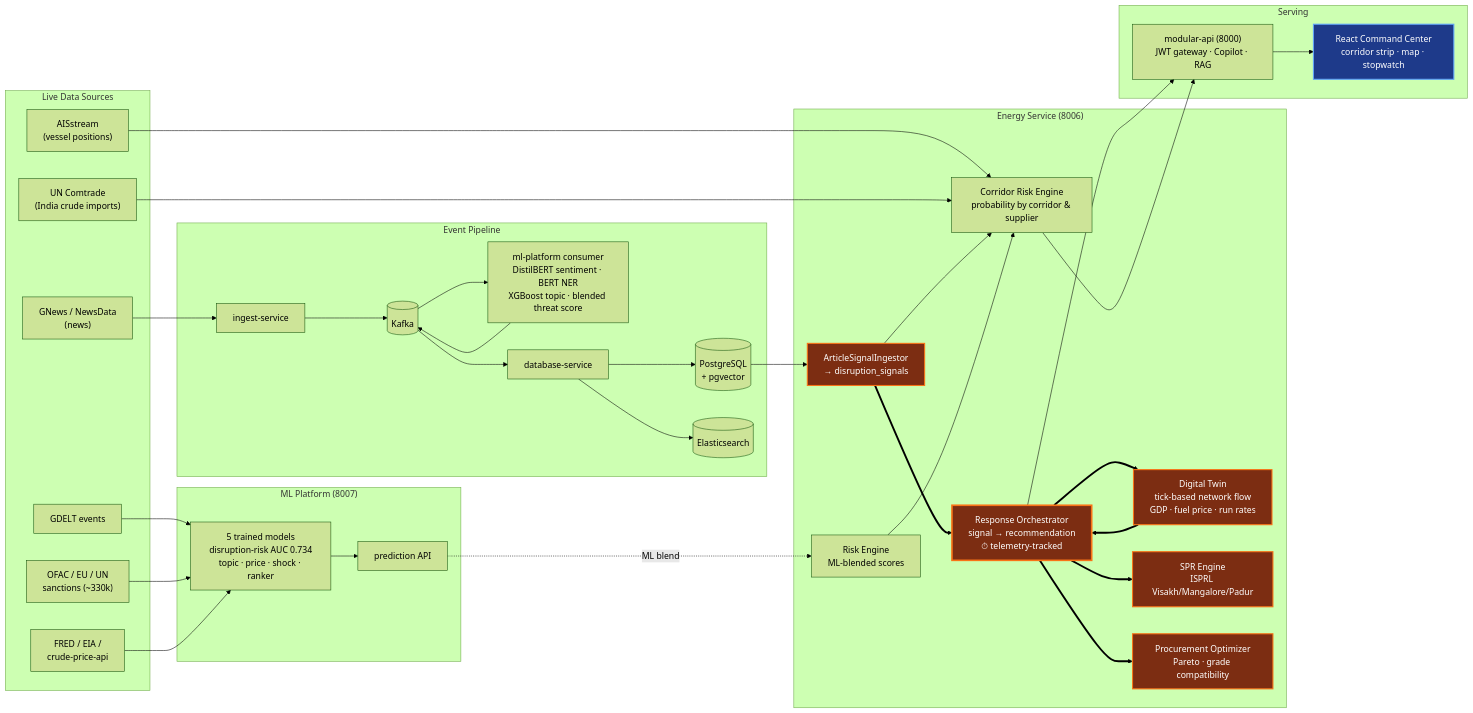
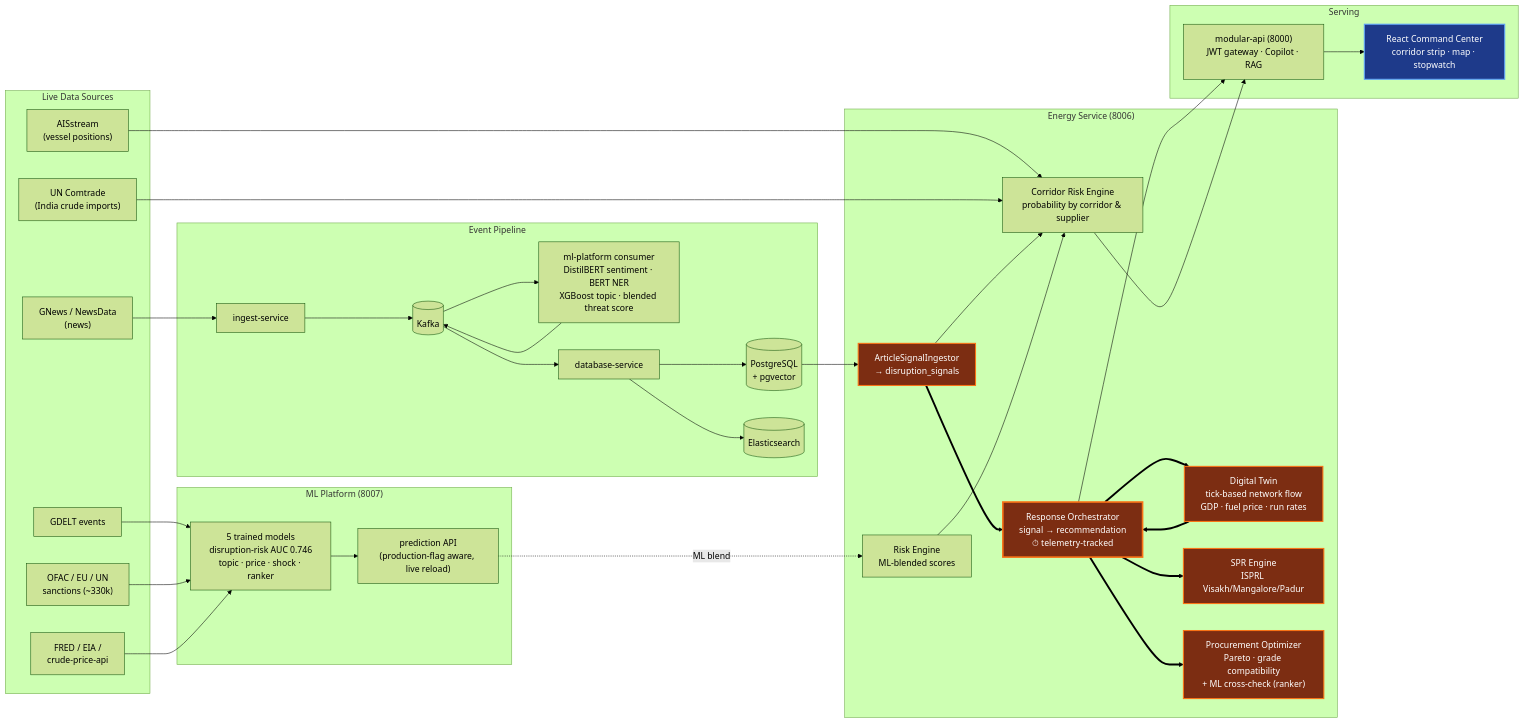
The diagram in docs/architecture.md (Pran4th/ProxyDefence), drawn with Mermaid (forest theme) before and after one commit. The commit also changed other lines of this file and 8 other files, not shown here.

First line of the commit message:
Day 5: AWS venv deployment runbook + architecture refresh; drop app-in-Docker

````diff
--- a/docs/architecture.md
+++ b/docs/architecture.md
@@ -8,69 +8,69 @@
 ```mermaid
 flowchart LR
     subgraph SOURCES["Live Data Sources"]
         GNEWS["GNews / NewsData<br/>(news)"]
         GDELT["GDELT events"]
         AIS["AISstream<br/>(vessel positions)"]
         SANC["OFAC / EU / UN<br/>sanctions (~330k)"]
         PRICE["FRED / EIA /<br/>crude-price-api"]
         COMTRADE["UN Comtrade<br/>(India crude imports)"]
     end
 
     subgraph PIPELINE["Event Pipeline"]
         INGEST["ingest-service"]
         KAFKA[("Kafka")]
         MLC["ml-platform consumer<br/>DistilBERT sentiment · BERT NER<br/>XGBoost topic · blended threat score"]
         DB["database-service"]
         PG[("PostgreSQL<br/>+ pgvector")]
         ES[("Elasticsearch")]
     end
 
     subgraph MLP["ML Platform (8007)"]
-        MODELS["5 trained models<br/>disruption-risk AUC 0.734<br/>topic · price · shock · ranker"]
-        PRED["prediction API"]
+        MODELS["5 trained models<br/>disruption-risk AUC 0.746<br/>topic · price · shock · ranker"]
+        PRED["prediction API<br/>(production-flag aware, live reload)"]
     end
 
     subgraph ENERGY["Energy Service (8006)"]
         SIG["ArticleSignalIngestor<br/>→ disruption_signals"]
         CORR["Corridor Risk Engine<br/>probability by corridor & supplier"]
         RISK["Risk Engine<br/>ML-blended scores"]
         TWIN["Digital Twin<br/>tick-based network flow<br/>GDP · fuel price · run rates"]
         SPR["SPR Engine<br/>ISPRL Visakh/Mangalore/Padur"]
-        PROC["Procurement Optimizer<br/>Pareto · grade compatibility"]
+        PROC["Procurement Optimizer<br/>Pareto · grade compatibility<br/>+ ML cross-check (ranker)"]
         ORCH["Response Orchestrator<br/>signal → recommendation<br/>⏱ telemetry-tracked"]
     end
 
     subgraph SERVE["Serving"]
         GW["modular-api (8000)<br/>JWT gateway · Copilot · RAG"]
         FE["React Command Center<br/>corridor strip · map · stopwatch"]
     end
 
     GNEWS --> INGEST --> KAFKA --> MLC --> KAFKA
     KAFKA --> DB --> PG
     DB --> ES
     GDELT --> MODELS
     SANC --> MODELS
     PRICE --> MODELS
     AIS --> CORR
     COMTRADE --> CORR
     MODELS --> PRED
     PRED -. "ML blend" .-> RISK
     PG --> SIG
 
     SIG ==> ORCH
     ORCH ==> TWIN ==> ORCH
     ORCH ==> SPR
     ORCH ==> PROC
     SIG --> CORR
     RISK --> CORR
 
     ORCH --> GW --> FE
     CORR --> GW
 
     style ORCH fill:#7c2d12,stroke:#f97316,stroke-width:3px,color:#fff
     style SIG fill:#7c2d12,stroke:#f97316,stroke-width:2px,color:#fff
     style TWIN fill:#7c2d12,stroke:#f97316,stroke-width:2px,color:#fff
     style SPR fill:#7c2d12,stroke:#f97316,stroke-width:2px,color:#fff
     style PROC fill:#7c2d12,stroke:#f97316,stroke-width:2px,color:#fff
     style FE fill:#1e3a8a,stroke:#60a5fa,stroke-width:2px,color:#fff
 ```
````
